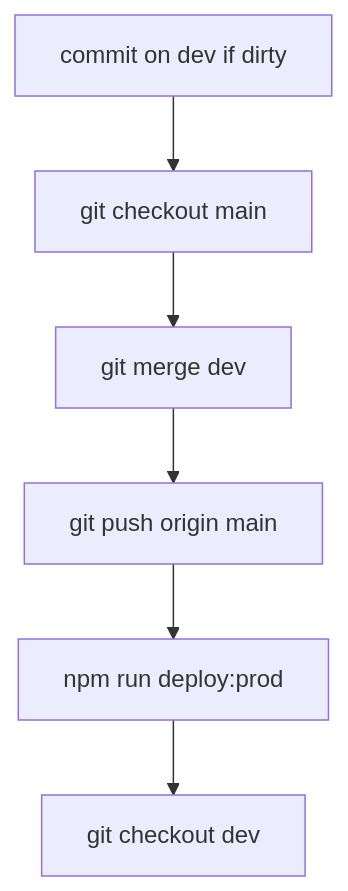
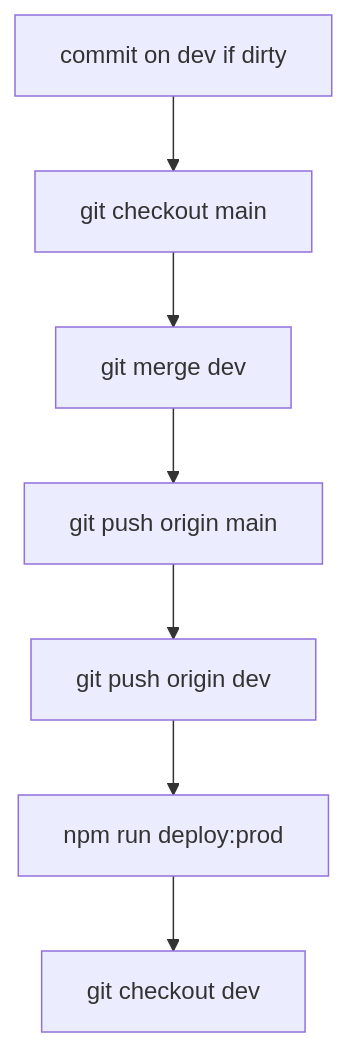
The diagram in .cursor/commands/deploy-prod.md (irynaBilousSPDev/deAtaCennik), drawn with Mermaid before and after one commit. The commit also changed other lines of this file and 5 other files, not shown here.

Commit message:
Simplify deploy workflows: /deploy-dev pushes dev; /deploy-prod pushes both branches.

````diff
--- a/.cursor/commands/deploy-prod.md
+++ b/.cursor/commands/deploy-prod.md
@@ -7,8 +7,9 @@
 ```mermaid
 flowchart TD
   A[commit on dev if dirty] --> B[git checkout main]
   B --> C[git merge dev]
   C --> D[git push origin main]
-  D --> E[npm run deploy:prod]
+  D --> D2[git push origin dev]
+  D2 --> E[npm run deploy:prod]
   E --> F[git checkout dev]
 ```
````
